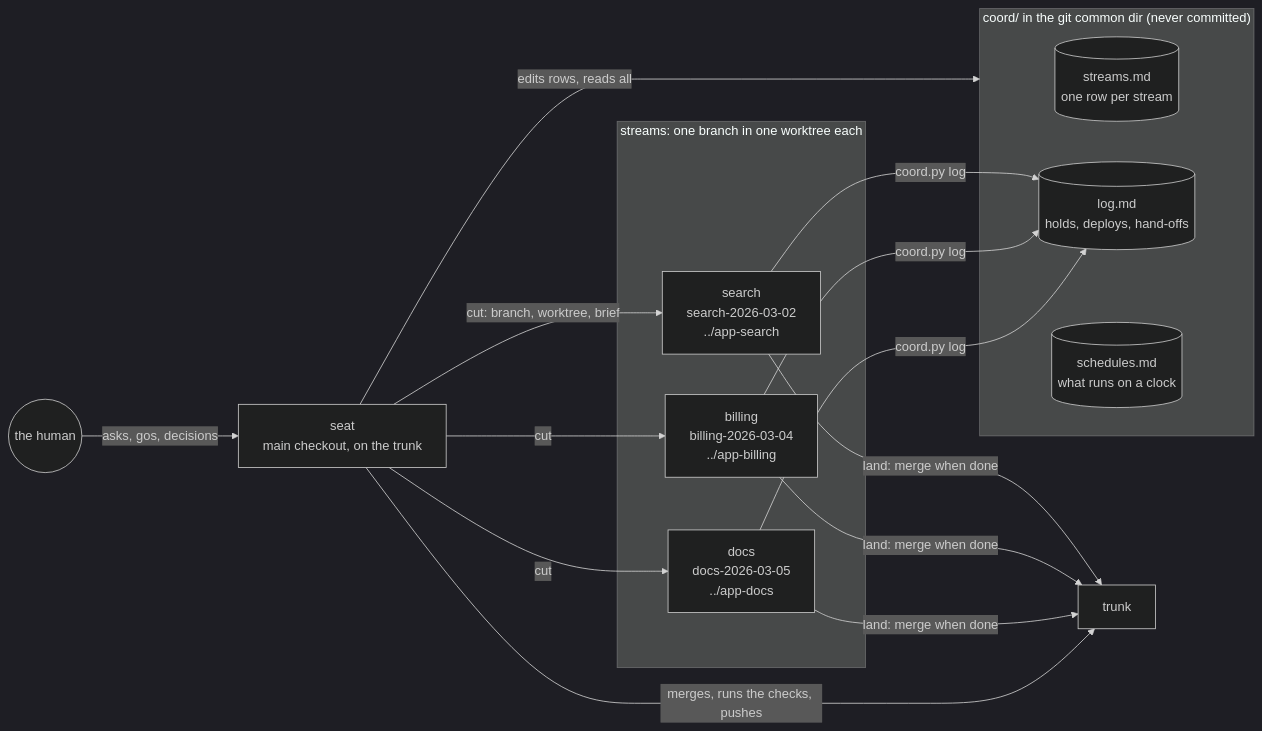
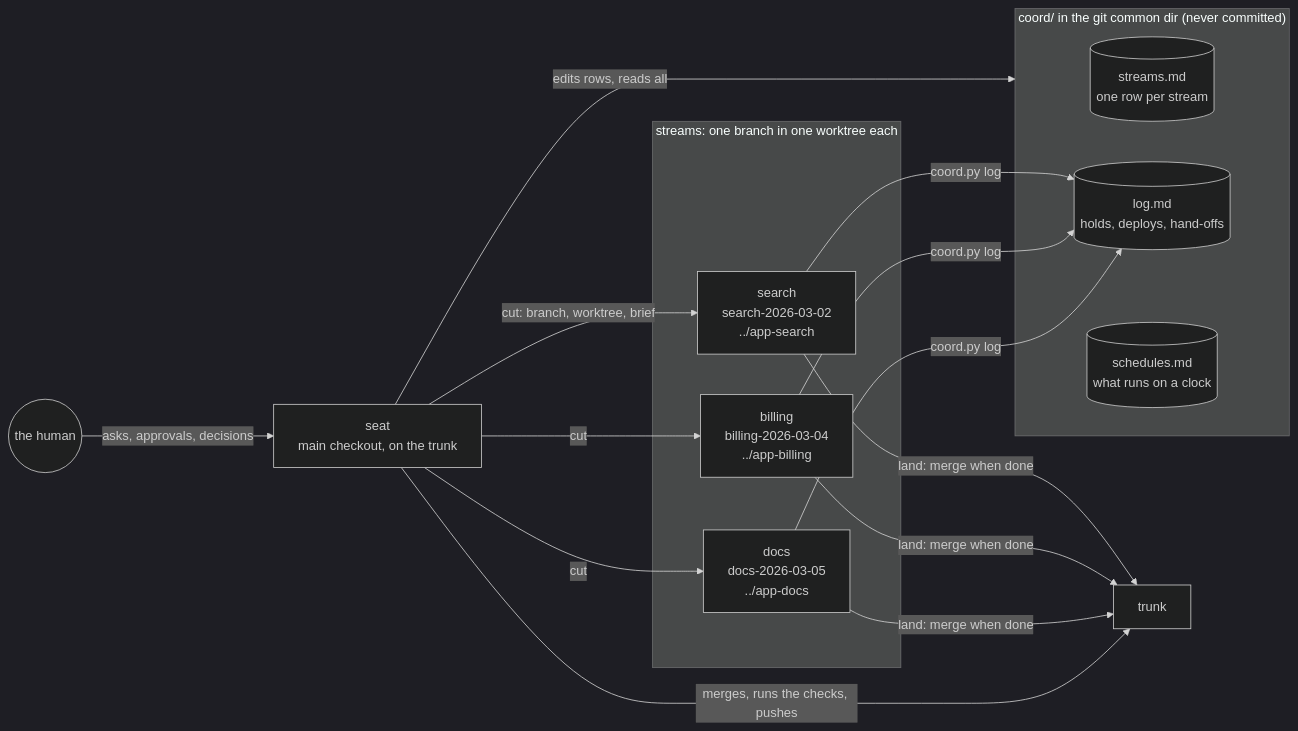
Before and after one commit to mkelk/skills: the diagram in skills/streams/README.md, drawn with Mermaid (dark theme). The commit also changed other lines of this file and 12 other files, not shown here.

````diff
--- a/skills/streams/README.md
+++ b/skills/streams/README.md
@@ -6,21 +6,21 @@
 ```mermaid
 flowchart LR
-  H((the human)) -- asks, gos, decisions --> SEAT[seat<br/>main checkout, on the trunk]
+  H((the human)) -- asks, approvals, decisions --> SEAT[seat<br/>main checkout, on the trunk]
   SEAT -- cut: branch, worktree, brief --> S1
   SEAT -- cut --> S2
   SEAT -- cut --> S3
   subgraph streams[streams: one branch in one worktree each]
     S1[search<br/>search-2026-03-02<br/>../app-search]
     S2[billing<br/>billing-2026-03-04<br/>../app-billing]
     S3[docs<br/>docs-2026-03-05<br/>../app-docs]
   end
   subgraph coord["coord/ in the git common dir (never committed)"]
     T[(streams.md<br/>one row per stream)]
     L[(log.md<br/>holds, deploys, hand-offs)]
     C[(schedules.md<br/>what runs on a clock)]
   end
   S1 & S2 & S3 -- coord.py log --> L
   SEAT -- edits rows, reads all --> coord
   S1 & S2 & S3 -- land: merge when done --> TR[trunk]
   SEAT -- merges, runs the checks, pushes --> TR
 ```
````
